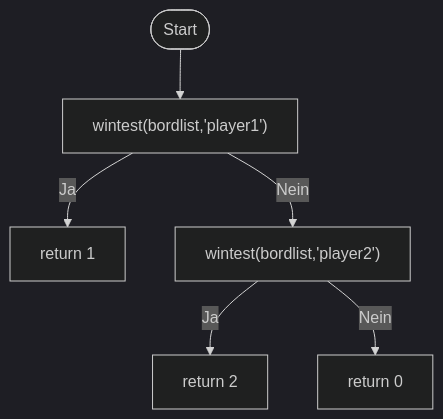
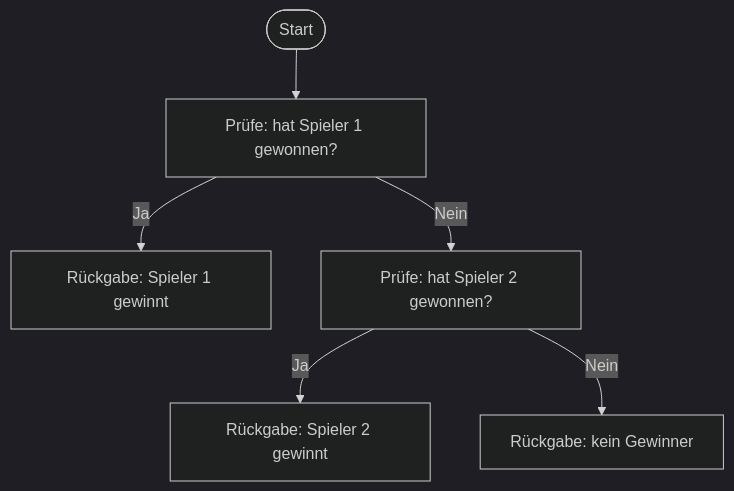
The fifth of 13 diagrams in flowchart.md (Finn965/Informatik-1-Softwareprojekt), drawn with Mermaid (dark theme) before and after one commit. The commit also changed other lines of this file, not shown here.

````diff
--- a/flowchart.md
+++ b/flowchart.md
@@ -105,9 +105,9 @@
 ```mermaid
 flowchart TD
     Start([Start])
-    Start --> Win1["wintest(bordlist,'player1')"]
-    Win1 -- Ja --> Return1["return 1"]
-    Win1 -- Nein --> Win2["wintest(bordlist,'player2')"]
-    Win2 -- Ja --> Return2["return 2"]
-    Win2 -- Nein --> Return0["return 0"]
+    Start --> Win1["Prüfe: hat Spieler 1 gewonnen?"]
+    Win1 -- Ja --> Return1["Rückgabe: Spieler 1 gewinnt"]
+    Win1 -- Nein --> Win2["Prüfe: hat Spieler 2 gewonnen?"]
+    Win2 -- Ja --> Return2["Rückgabe: Spieler 2 gewinnt"]
+    Win2 -- Nein --> Return0["Rückgabe: kein Gewinner"]
 ```
````
